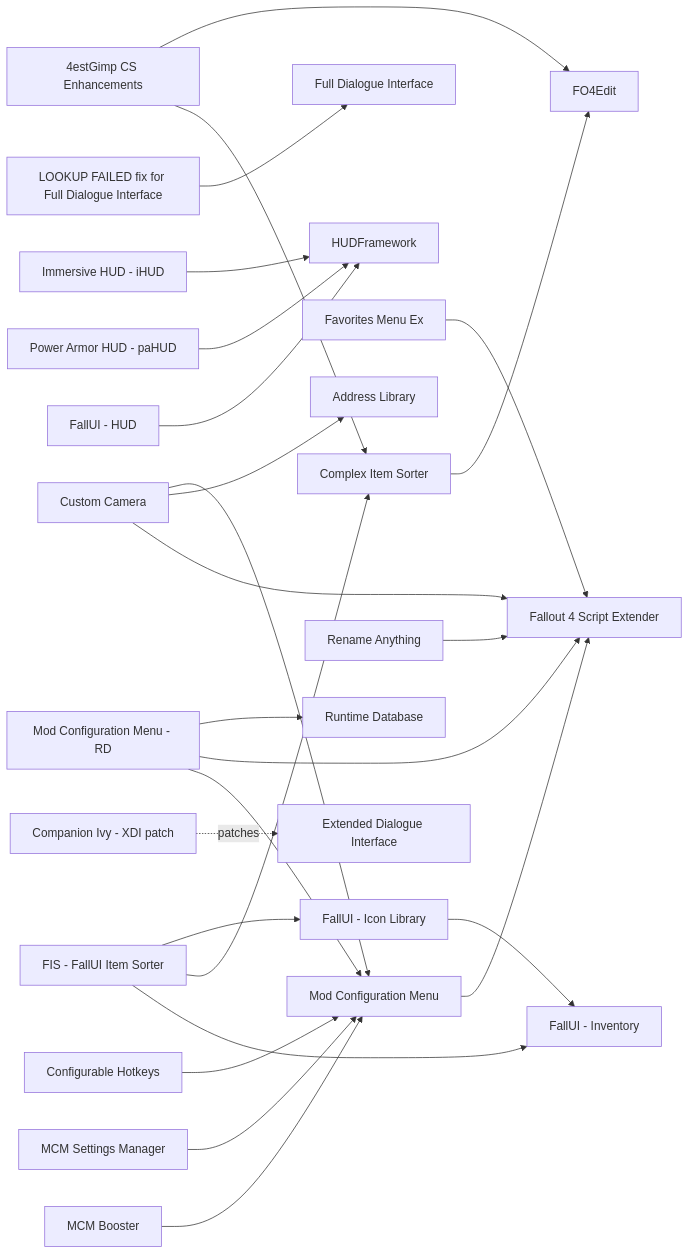
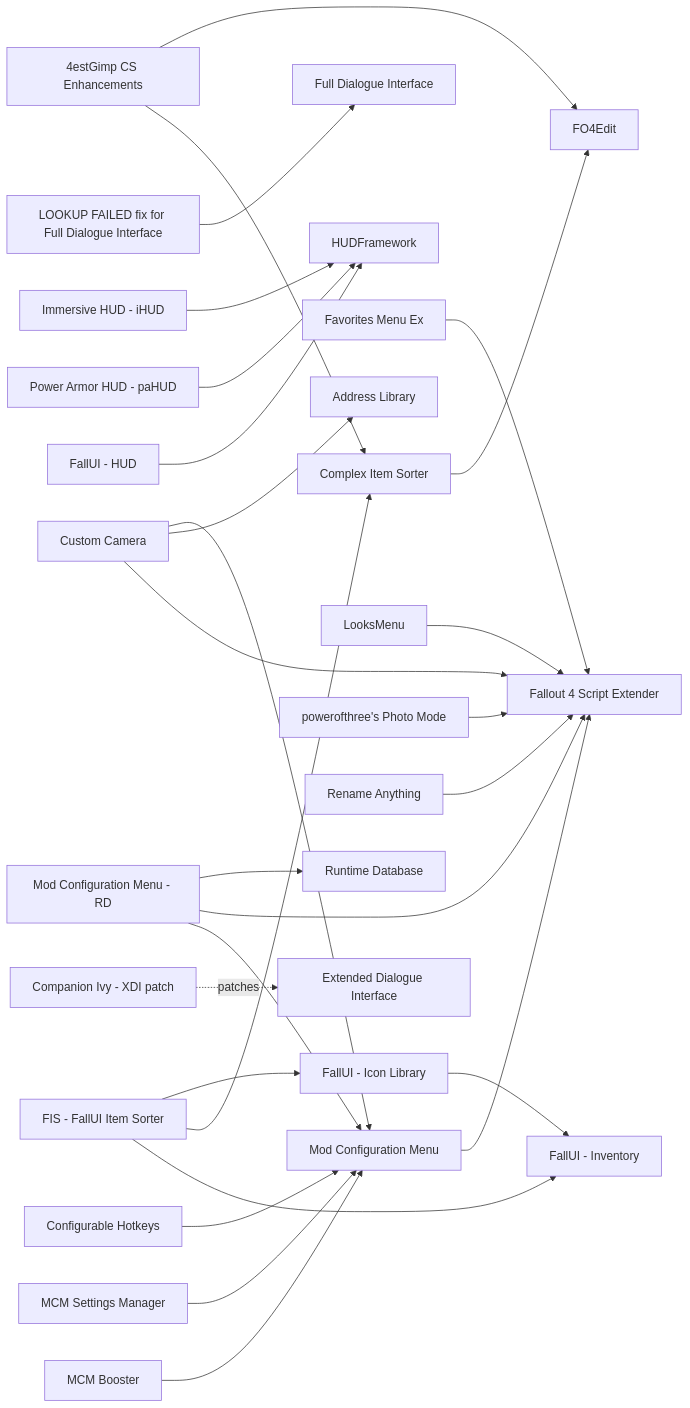
Before and after one commit to MorganKryze/special-mods-list: the diagram in docs/catalog/interface.md, drawn with Mermaid. The commit also changed other lines of this file and 12 other files, not shown here.

````diff
--- a/docs/catalog/interface.md
+++ b/docs/catalog/interface.md
@@ -98,52 +101,56 @@
 ```mermaid
 graph LR
   4estgimp_cs_enhancements["4estGimp CS Enhancements"]
   address_library["Address Library"]
   companion_ivy_xdi_patch["Companion Ivy - XDI patch"]
   complex_item_sorter["Complex Item Sorter"]
   configurable_hotkeys["Configurable Hotkeys"]
   custom_camera["Custom Camera"]
   f4se["Fallout 4 Script Extender"]
   fallui_hud["FallUI - HUD"]
   fallui_icon_library["FallUI - Icon Library"]
   fallui_inventory["FallUI - Inventory"]
   favorites_menu_ex["Favorites Menu Ex"]
   fdi_lookup_failed_fix["LOOKUP FAILED fix for Full Dialogue Interface"]
   fis_fallui_item_sorter["FIS - FallUI Item Sorter"]
   fo4edit["FO4Edit"]
   full_dialogue_interface["Full Dialogue Interface"]
   hudframework["HUDFramework"]
   ihud["Immersive HUD - iHUD"]
+  looksmenu["LooksMenu"]
   mcm["Mod Configuration Menu"]
   mcm_booster["MCM Booster"]
   mcm_rd["Mod Configuration Menu - RD"]
   mcm_settings_manager["MCM Settings Manager"]
   pahud["Power Armor HUD - paHUD"]
+  photo_mode["powerofthree's Photo Mode"]
   rename_anything["Rename Anything"]
   runtime_database["Runtime Database"]
   xdi["Extended Dialogue Interface"]
   mcm --> f4se
   complex_item_sorter --> fo4edit
   companion_ivy_xdi_patch -. patches .-> xdi
   fallui_hud --> hudframework
   fallui_icon_library --> fallui_inventory
   fis_fallui_item_sorter --> fallui_inventory
   fis_fallui_item_sorter --> complex_item_sorter
   fis_fallui_item_sorter --> fallui_icon_library
   mcm_booster --> mcm
   mcm_settings_manager --> mcm
   pahud --> hudframework
   4estgimp_cs_enhancements --> complex_item_sorter
   4estgimp_cs_enhancements --> fo4edit
   configurable_hotkeys --> mcm
   custom_camera --> f4se
   custom_camera --> address_library
   custom_camera --> mcm
   favorites_menu_ex --> f4se
+  looksmenu --> f4se
   rename_anything --> f4se
   fdi_lookup_failed_fix --> full_dialogue_interface
   ihud --> hudframework
   mcm_rd --> mcm
   mcm_rd --> f4se
   mcm_rd --> runtime_database
+  photo_mode --> f4se
 ```
````
